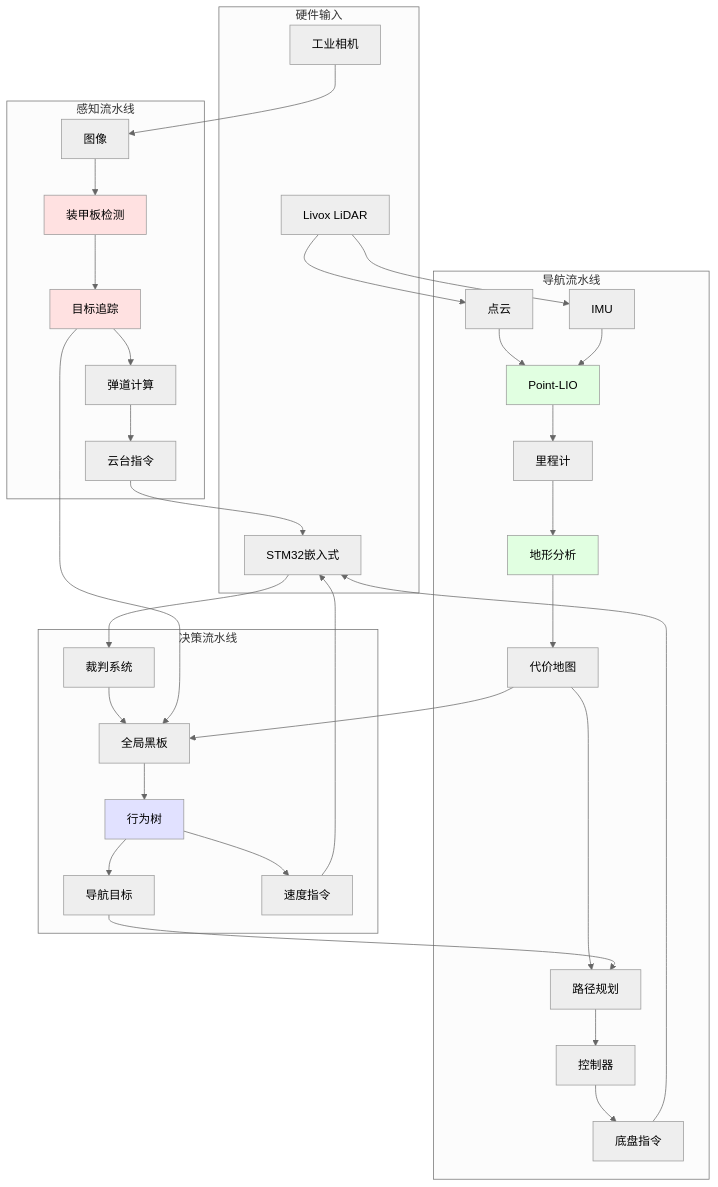
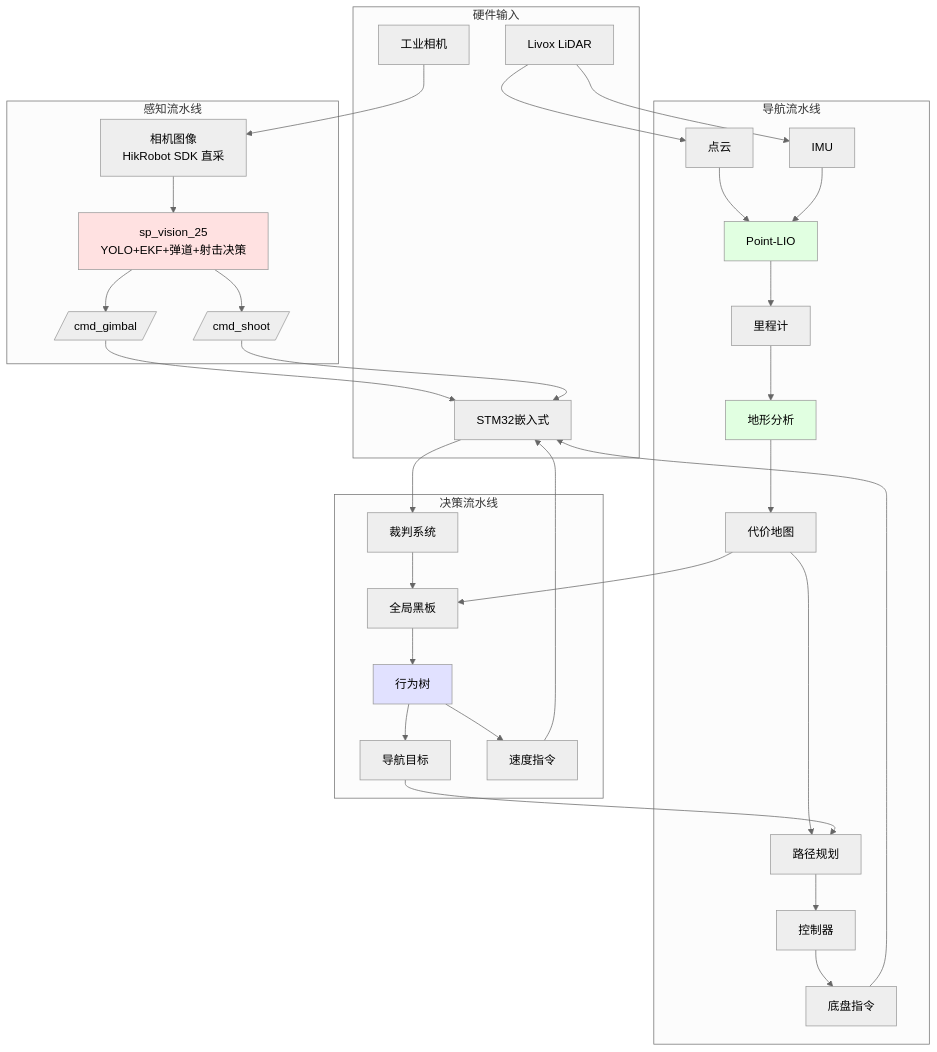
The fifth of 7 diagrams in docs/01_系统架构.md (happywosabi/pb2025_sentry_ws), drawn with Mermaid (neutral theme) before and after one commit. The commit also changed other lines of this file and 12 other files, not shown here.

````diff
--- a/docs/01_系统架构.md
+++ b/docs/01_系统架构.md
@@ -237,51 +239,49 @@
 ```mermaid
 graph TB
     subgraph 硬件输入
         STM32[STM32嵌入式]
         CAM[工业相机]
         LIDAR[Livox LiDAR]
     end
 
     subgraph 感知流水线
-        IMG[图像] --> DET[装甲板检测]
-        DET --> TRACK[目标追踪]
-        TRACK --> PROJ[弹道计算]
-        PROJ --> GIM_CMD[云台指令]
+        IMG[相机图像<br/>HikRobot SDK 直采] --> SPV[sp_vision_25<br/>YOLO+EKF+弹道+射击决策]
+        SPV --> GIM_CMD[/cmd_gimbal/]
+        SPV --> SHOOT[/cmd_shoot/]
     end
 
     subgraph 导航流水线
         PC[点云] --> PL[Point-LIO]
         IMU[IMU] --> PL
         PL --> ODOM[里程计]
         ODOM --> TA[地形分析]
         TA --> COST[代价地图]
         COST --> PLAN[路径规划]
         PLAN --> CTRL[控制器]
         CTRL --> VEL_CMD[底盘指令]
     end
 
     subgraph 决策流水线
         REF[裁判系统] --> BB[全局黑板]
-        TRACK --> BB
         COST --> BB
         BB --> BT[行为树]
         BT --> NAV_GOAL[导航目标]
         BT --> VEL_CMD2[速度指令]
     end
 
     CAM --> IMG
     LIDAR --> PC
     LIDAR --> IMU
     STM32 --> REF
 
     GIM_CMD --> STM32
+    SHOOT --> STM32
     VEL_CMD --> STM32
     VEL_CMD2 --> STM32
     NAV_GOAL --> PLAN
 
-    style DET fill:#ffe1e1
-    style TRACK fill:#ffe1e1
+    style SPV fill:#ffe1e1
     style PL fill:#e1ffe1
     style TA fill:#e1ffe1
     style BT fill:#e1e1ff
 ```
````
